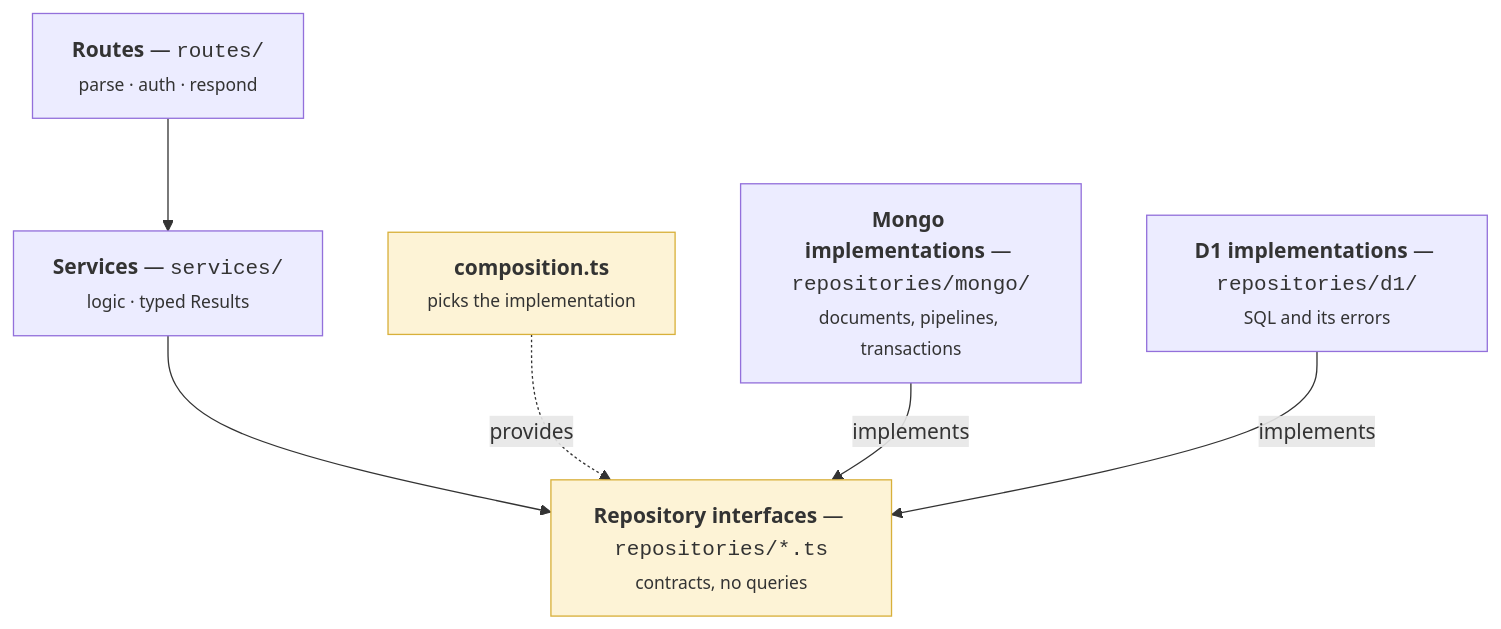
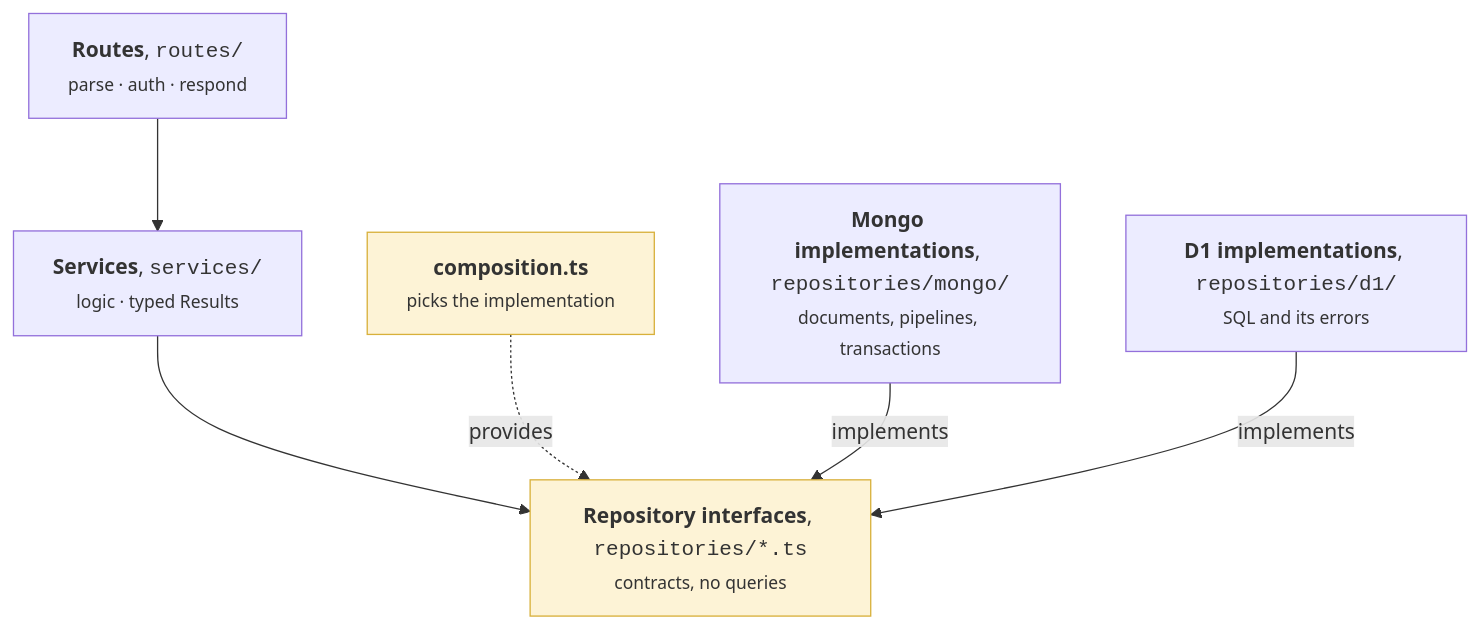
Before and after one commit to FantasyWiki/FantasyWiki: the fourth of 4 diagrams in docs/site/pages/architecture/index.md, drawn with Mermaid. The commit also changed other lines of this file and 68 other files, not shown here.

````diff
--- a/docs/site/pages/architecture/index.md
+++ b/docs/site/pages/architecture/index.md
@@ -141,17 +141,17 @@
 ```mermaid
 flowchart TB
-  R["<b>Routes</b> — <code>routes/</code><br/><small>parse · auth · respond</small>"]
-  S["<b>Services</b> — <code>services/</code><br/><small>logic · typed Results</small>"]
-  I["<b>Repository interfaces</b> — <code>repositories/*.ts</code><br/><small>contracts, no queries</small>"]
-  M["<b>Mongo implementations</b> — <code>repositories/mongo/</code><br/><small>documents, pipelines, transactions</small>"]
-  D["<b>D1 implementations</b> — <code>repositories/d1/</code><br/><small>SQL and its errors</small>"]
+  R["<b>Routes</b>, <code>routes/</code><br/><small>parse · auth · respond</small>"]
+  S["<b>Services</b>, <code>services/</code><br/><small>logic · typed Results</small>"]
+  I["<b>Repository interfaces</b>, <code>repositories/*.ts</code><br/><small>contracts, no queries</small>"]
+  M["<b>Mongo implementations</b>, <code>repositories/mongo/</code><br/><small>documents, pipelines, transactions</small>"]
+  D["<b>D1 implementations</b>, <code>repositories/d1/</code><br/><small>SQL and its errors</small>"]
   C["<b>composition.ts</b><br/><small>picks the implementation</small>"]
 
   R --> S --> I
   C -.->|"provides"| I
   M -->|"implements"| I
   D -->|"implements"| I
 
   classDef seam fill:#fdf3d6,stroke:#d8b03a;
   class C,I seam;
 ```
````
